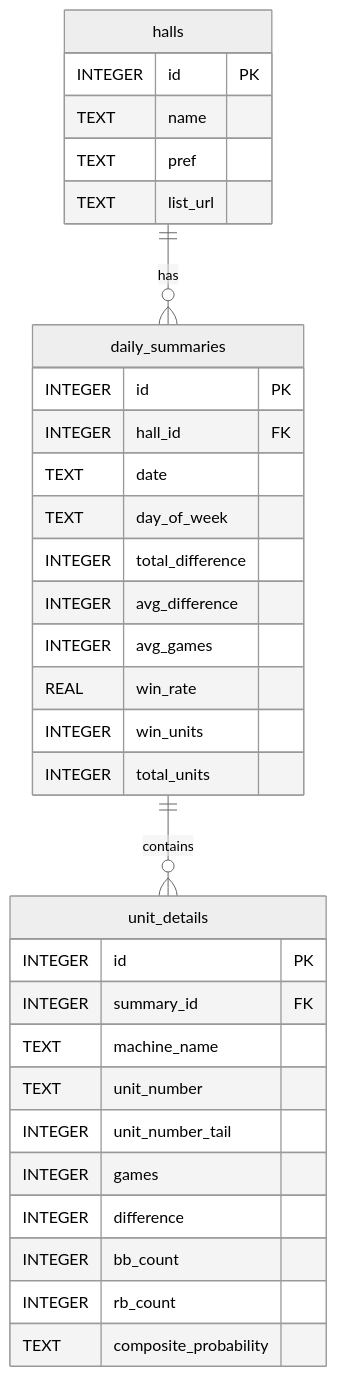
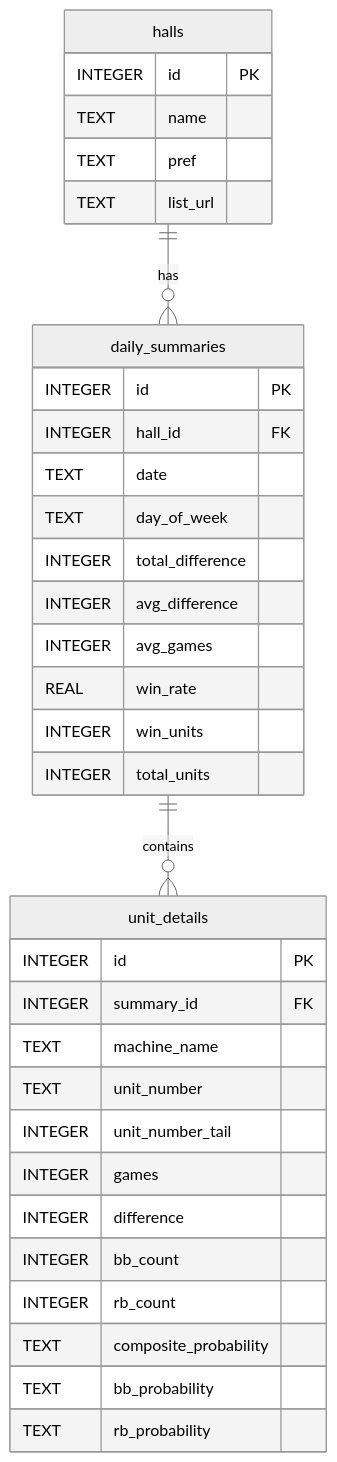
The second of 2 diagrams in .kiro/specs/anaslo-scraper-ja/design.md (masatokai2016-sketch/cc-sdd), drawn with Mermaid (neutral theme) before and after one commit. The commit also changed 7 other files, not shown here.

````diff
--- a/.kiro/specs/anaslo-scraper-ja/design.md
+++ b/.kiro/specs/anaslo-scraper-ja/design.md
@@ -43,38 +43,40 @@
 ```mermaid
 erDiagram
     halls ||--o{ daily_summaries : "has"
     daily_summaries ||--o{ unit_details : "contains"
     
     halls {
         INTEGER id PK
         TEXT name
         TEXT pref
         TEXT list_url
     }
     
     daily_summaries {
         INTEGER id PK
         INTEGER hall_id FK
         TEXT date
         TEXT day_of_week
         INTEGER total_difference
         INTEGER avg_difference
         INTEGER avg_games
         REAL win_rate
         INTEGER win_units
         INTEGER total_units
     }
     
     unit_details {
         INTEGER id PK
         INTEGER summary_id FK
         TEXT machine_name
         TEXT unit_number
         INTEGER unit_number_tail
         INTEGER games
         INTEGER difference
         INTEGER bb_count
         INTEGER rb_count
         TEXT composite_probability
+        TEXT bb_probability
+        TEXT rb_probability
     }
 ```
````
